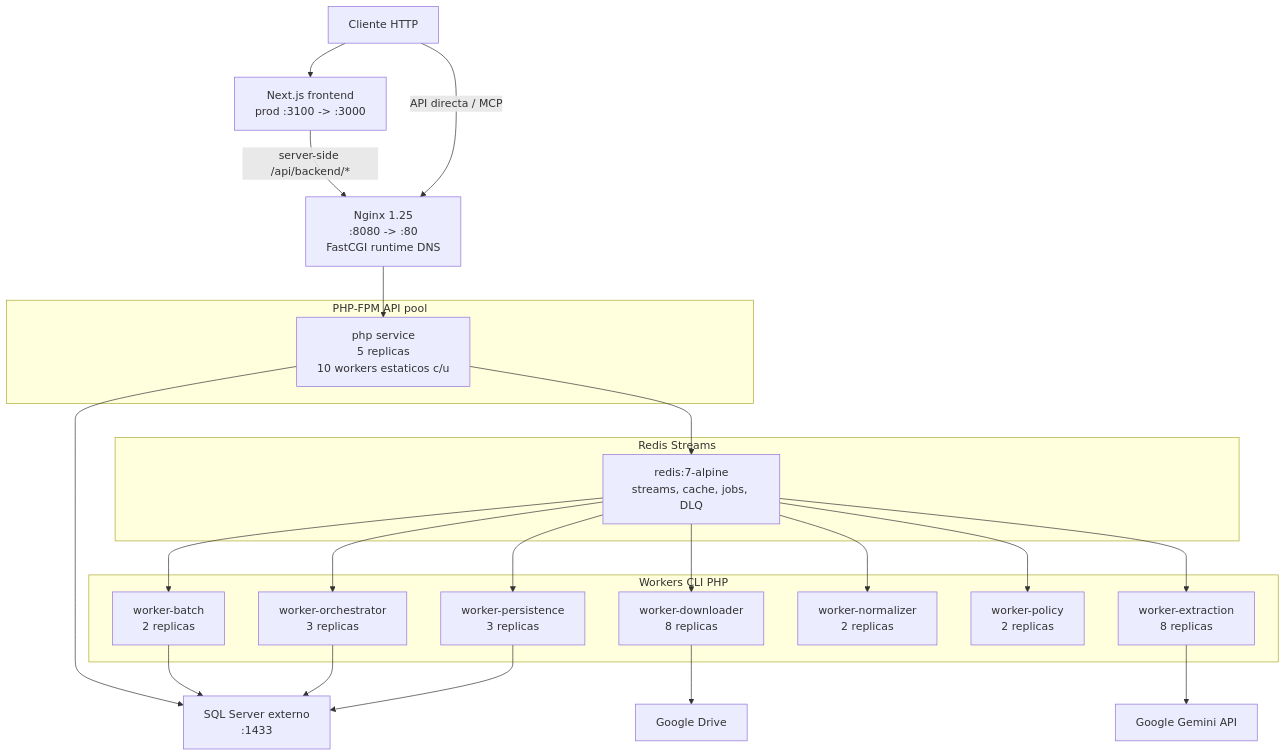
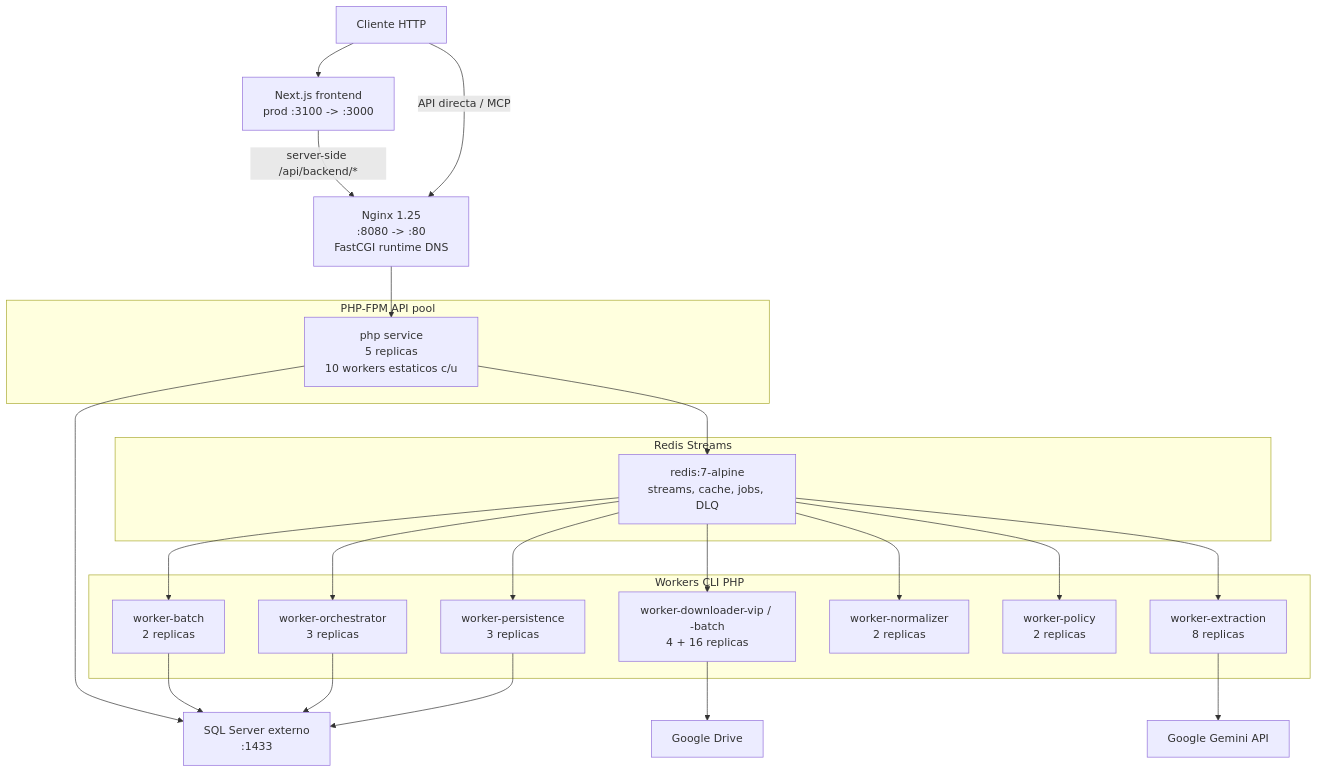
One commit to jfrem/AudFact changed the diagram in plans/high-availability.md. Above: the diagram before and after it, drawn with Mermaid. The commit also changed other lines of this file and 86 other files, not shown here.

````diff
--- a/plans/high-availability.md
+++ b/plans/high-availability.md
@@ -11,47 +11,47 @@
 ```mermaid
 graph TB
     Client["Cliente HTTP"]
     Front["Next.js frontend<br/>prod :3100 -> :3000"]
     Nginx["Nginx 1.25<br/>:8080 -> :80<br/>FastCGI runtime DNS"]
 
     subgraph PHPPool["PHP-FPM API pool"]
         PHP["php service<br/>5 replicas<br/>10 workers estaticos c/u"]
     end
 
     subgraph RedisLayer["Redis Streams"]
         Redis["redis:7-alpine<br/>streams, cache, jobs, DLQ"]
     end
 
     subgraph Workers["Workers CLI PHP"]
         Batch["worker-batch<br/>2 replicas"]
         Orchestrator["worker-orchestrator<br/>3 replicas"]
-        Downloader["worker-downloader<br/>8 replicas"]
+        Downloader["worker-downloader-vip / -batch<br/>4 + 16 replicas"]
         Extraction["worker-extraction<br/>8 replicas"]
         Normalizer["worker-normalizer<br/>2 replicas"]
         Policy["worker-policy<br/>2 replicas"]
         Persistence["worker-persistence<br/>3 replicas"]
     end
 
     SQLSRV["SQL Server externo<br/>:1433"]
     Gemini["Google Gemini API"]
     Drive["Google Drive"]
 
     Client --> Front
     Front -->|"server-side /api/backend/*"| Nginx
     Client -->|"API directa / MCP"| Nginx
     Nginx --> PHP
     PHP --> SQLSRV
     PHP --> Redis
     Redis --> Batch
     Redis --> Orchestrator
     Redis --> Downloader
     Redis --> Extraction
     Redis --> Normalizer
     Redis --> Policy
     Redis --> Persistence
     Batch --> SQLSRV
     Orchestrator --> SQLSRV
     Downloader --> Drive
     Extraction --> Gemini
     Persistence --> SQLSRV
 ```
````
